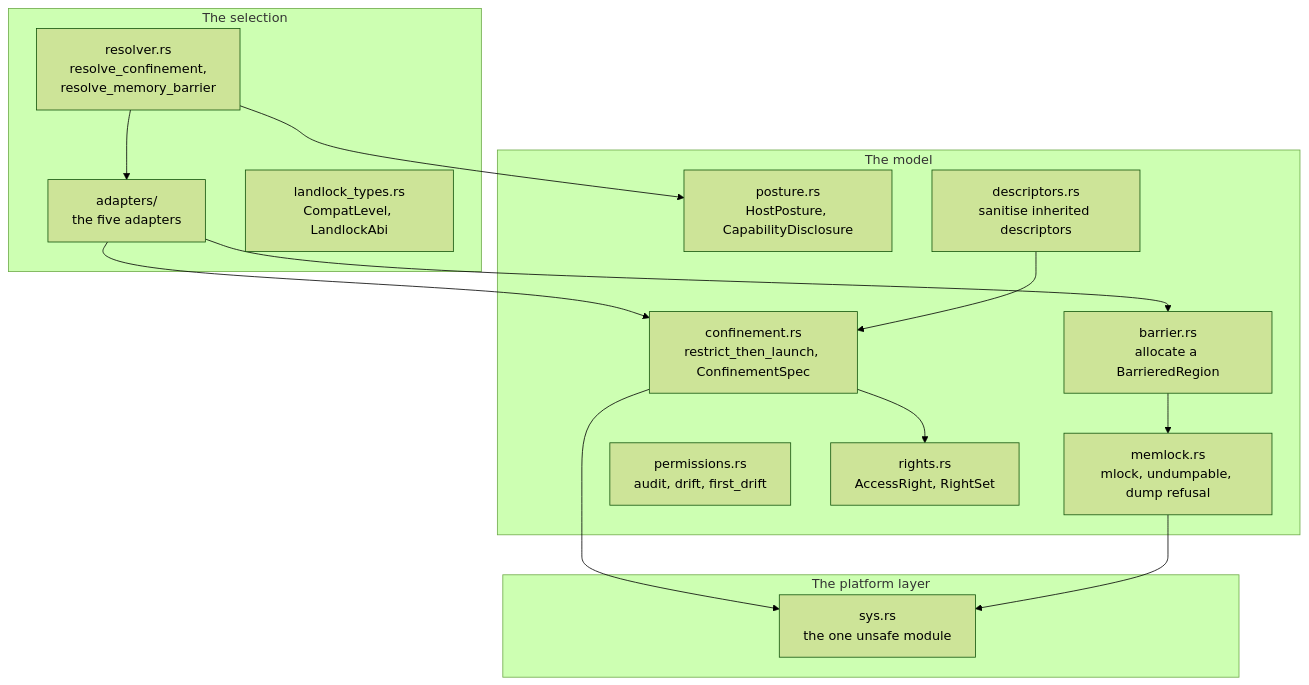
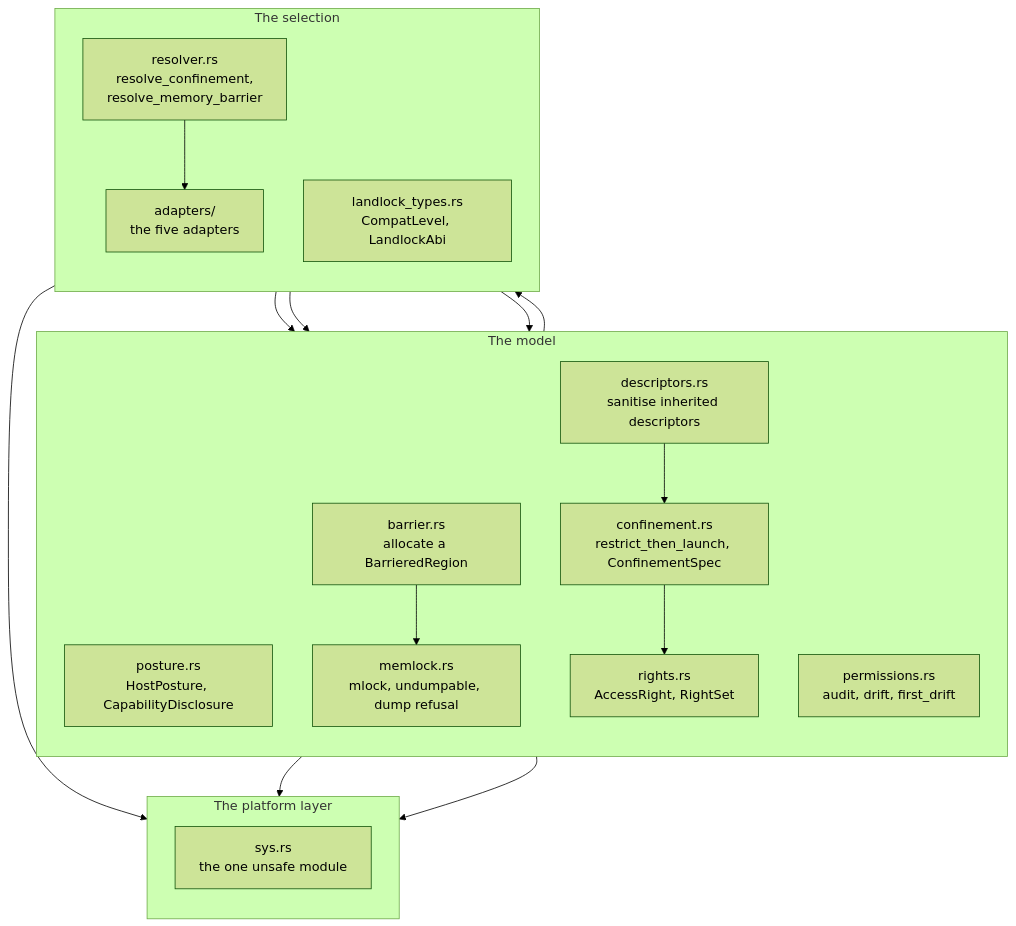
The first of 5 diagrams in site/docs/components/ksp-posture.md (bruj0/keyspout), drawn with Mermaid (forest theme) before and after one commit. The commit also changed 15 other files, not shown here.

First line of the commit message:
feat(site): zoom every diagram, and make the wide ones vertical

````diff
--- a/site/docs/components/ksp-posture.md
+++ b/site/docs/components/ksp-posture.md
@@ -32,32 +32,37 @@
 ```mermaid
 graph TB
   subgraph Model["The model"]
+      direction TB
     POSTURE["posture.rs<br/>HostPosture, CapabilityDisclosure"]
     CONF["confinement.rs<br/>restrict_then_launch, ConfinementSpec"]
     BARRIER["barrier.rs<br/>allocate a BarrieredRegion"]
     MEMLOCK["memlock.rs<br/>mlock, undumpable, dump refusal"]
     DESC["descriptors.rs<br/>sanitise inherited descriptors"]
     PERMS["permissions.rs<br/>audit, drift, first_drift"]
     RIGHTS["rights.rs<br/>AccessRight, RightSet"]
   end
 
   subgraph Resolve["The selection"]
+      direction TB
     RESOLVER["resolver.rs<br/>resolve_confinement,<br/>resolve_memory_barrier"]
     ADAPT["adapters/<br/>the five adapters"]
     LANDLOCKT["landlock_types.rs<br/>CompatLevel, LandlockAbi"]
   end
 
   subgraph Platform["The platform layer"]
+      direction TB
     SYS["sys.rs<br/>the one unsafe module"]
   end
 
   ADAPT --> CONF
   ADAPT --> BARRIER
   BARRIER --> MEMLOCK
   CONF --> RIGHTS
   DESC --> CONF
   RESOLVER --> ADAPT
   RESOLVER --> POSTURE
   CONF --> SYS
   MEMLOCK --> SYS
+  Model --> Resolve
+  Resolve --> Platform
 ```
````
